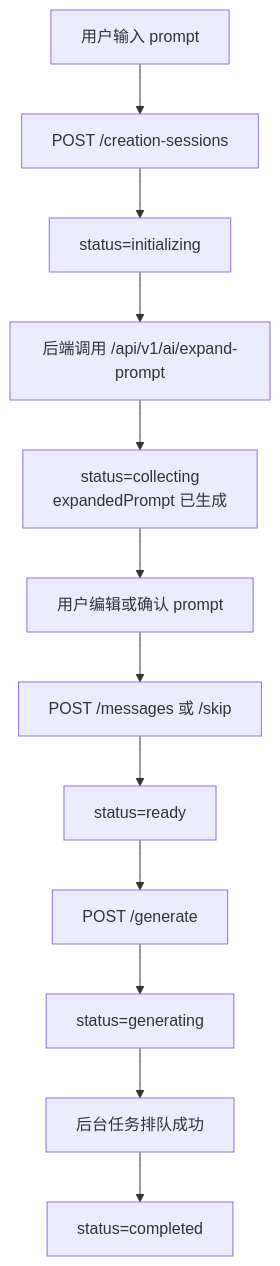
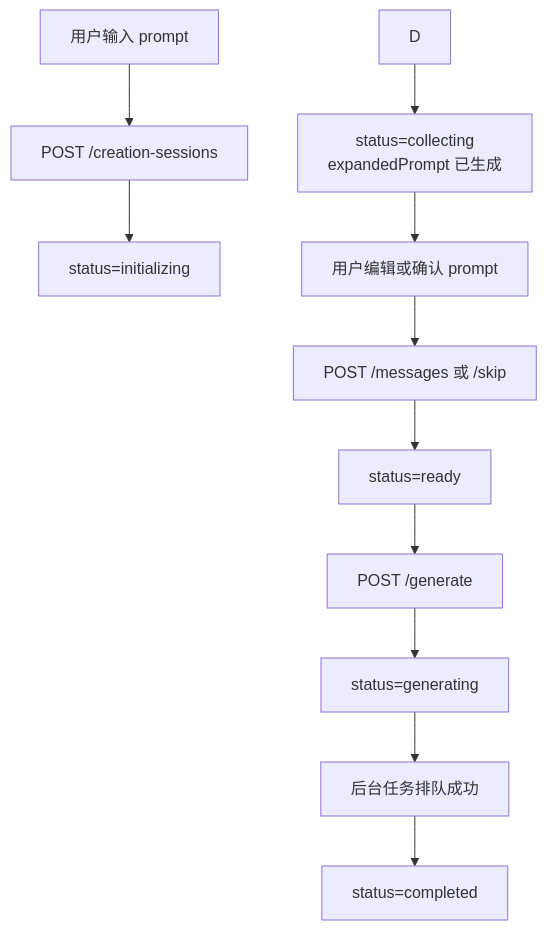
Before and after one commit to zhangdzh2010-tech/gamevallies-backend: the diagram in docs/integration/FRONTEND_DYNAMIC_CREATION_DIALOGUE_ADAPTATION_PLAN_2026-03-31.md, drawn with Mermaid. The commit also changed other lines of this file and 39 other files, not shown here.

Commit message:
Remove prompt expansion from creation flow

````diff
--- a/docs/integration/FRONTEND_DYNAMIC_CREATION_DIALOGUE_ADAPTATION_PLAN_2026-03-31.md
+++ b/docs/integration/FRONTEND_DYNAMIC_CREATION_DIALOGUE_ADAPTATION_PLAN_2026-03-31.md
@@ -46,14 +46,13 @@
 ```mermaid
 flowchart TD
     A["用户输入 prompt"] --> B["POST /creation-sessions"]
     B --> C["status=initializing"]
-    C --> D["后端调用 /api/v1/ai/expand-prompt"]
     D --> E["status=collecting<br/>expandedPrompt 已生成"]
     E --> F["用户编辑或确认 prompt"]
     F --> G["POST /messages 或 /skip"]
     G --> H["status=ready"]
     H --> I["POST /generate"]
     I --> J["status=generating"]
     J --> K["后台任务排队成功"]
     K --> L["status=completed"]
 ```
````
